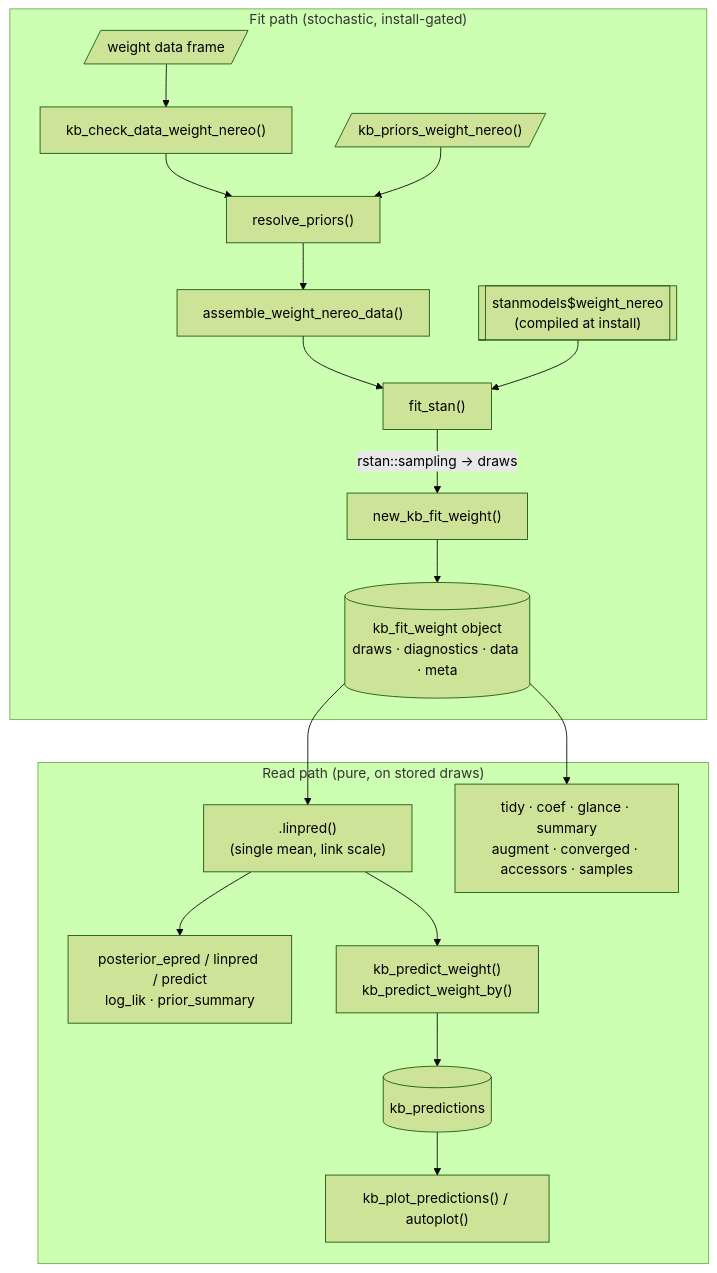
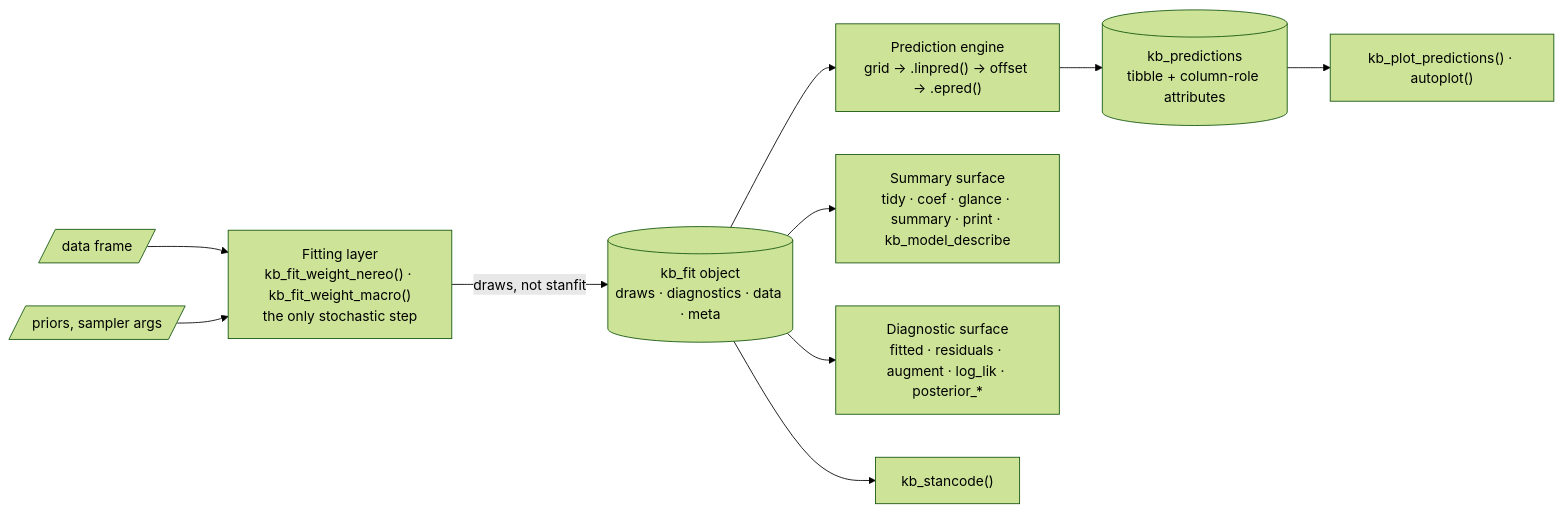
The first of 6 diagrams in decisions/architecture.md (HakaiInstitute/kelpbio), drawn with Mermaid (forest theme) before and after one commit. The commit also changed other lines of this file and 14 other files, not shown here.

````diff
--- a/decisions/architecture.md
+++ b/decisions/architecture.md
@@ -15,22 +19,13 @@
 ```mermaid
-flowchart TD
-    subgraph fit["Fit path (stochastic, install-gated)"]
-        DATA[/"weight data frame"/] --> CHK["kb_check_data_weight_nereo()"]
-        CHK --> RP["resolve_priors()"]
-        PRIORS[/"kb_priors_weight_nereo()"/] --> RP
-        RP --> ASM["assemble_weight_nereo_data()"]
-        ASM --> FS["fit_stan()"]
-        SM[["stanmodels$weight_nereo<br/>(compiled at install)"]] --> FS
-        FS -->|"rstan::sampling → draws"| CTOR["new_kb_fit_weight()"]
-        CTOR --> FITOBJ[("kb_fit_weight object<br/>draws · diagnostics · data · meta")]
-    end
-
-    subgraph read["Read path (pure, on stored draws)"]
-        FITOBJ --> LP[".linpred()<br/>(single mean, link scale)"]
-        LP --> GEN["posterior_epred / linpred / predict<br/>log_lik · prior_summary"]
-        LP --> PV["kb_predict_weight()<br/>kb_predict_weight_by()"]
-        PV --> PRED[("kb_predictions")]
-        PRED --> PLOT["kb_plot_predictions() / autoplot()"]
-        FITOBJ --> SUMM["tidy · coef · glance · summary<br/>augment · converged · accessors · samples"]
-    end
+flowchart LR
+    D[/"data frame"/] --> FIT
+    P[/"priors, sampler args"/] --> FIT
+    FIT["Fitting layer<br/>kb_fit_weight_nereo() · kb_fit_weight_macro()<br/>the only stochastic step"]
+    FIT -->|"draws, not stanfit"| OBJ[("kb_fit object<br/>draws · diagnostics · data · meta")]
+    OBJ --> PRED["Prediction engine<br/>grid → .linpred() → offset → .epred()"]
+    OBJ --> SUMM["Summary surface<br/>tidy · coef · glance · summary · print · kb_model_describe"]
+    OBJ --> DIAG["Diagnostic surface<br/>fitted · residuals · augment · log_lik · posterior_*"]
+    PRED --> KP[("kb_predictions<br/>tibble + column-role attributes")]
+    KP --> PLOT["kb_plot_predictions() · autoplot()"]
+    OBJ --> CODE["kb_stancode()"]
 ```
````
